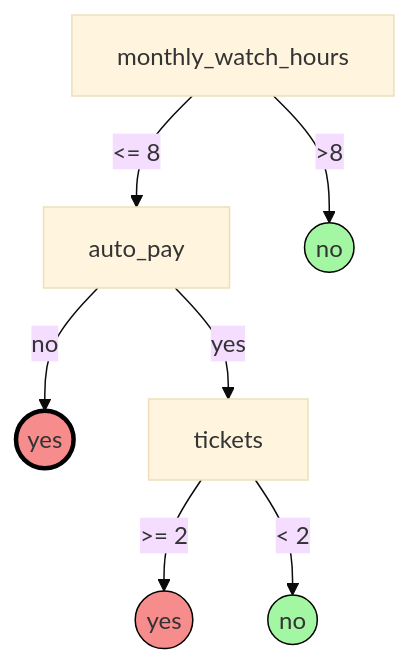
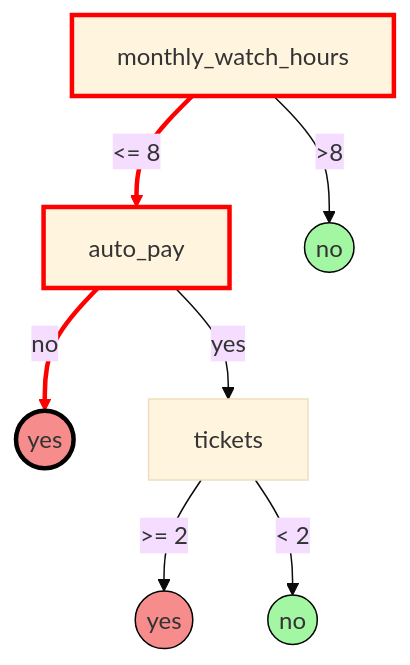
The sixth of 18 diagrams in slides/02-dt.qmd (w4bo/AA2627-unibo-mldm), drawn with Mermaid (base theme) before and after one commit. The commit also changed other lines of this file, not shown here.

````diff
--- a/slides/02-dt.qmd
+++ b/slides/02-dt.qmd
@@ -240,18 +248,23 @@
 ```{mermaid}
 %%| echo: false
 flowchart TD
     A[monthly_watch_hours] -->|<= 8| B[auto_pay]
     A -->|>8| C((no))
 
     B -->|no| D((yes))
     B -->|yes| E[tickets]
 
     E -->|>= 2| F((yes))
     E -->|< 2| G((no))
 
+    style A stroke:#ff0000,stroke-width:3px
+    linkStyle 0 stroke:#ff0000,stroke-width:3px
+    style B stroke:#ff0000,stroke-width:3px
+    linkStyle 2 stroke:#ff0000,stroke-width:3px
+
     style D stroke:#ff0000,stroke-width:3px
     style C fill:#a3f7a3,stroke:#000
     style D fill:#f78c8c,stroke:#000
     style F fill:#f78c8c,stroke:#000
     style G fill:#a3f7a3,stroke:#000
 ```
````
